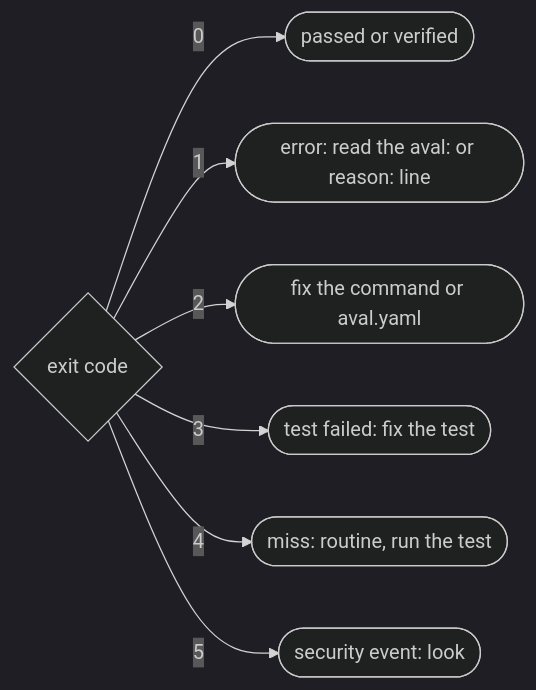
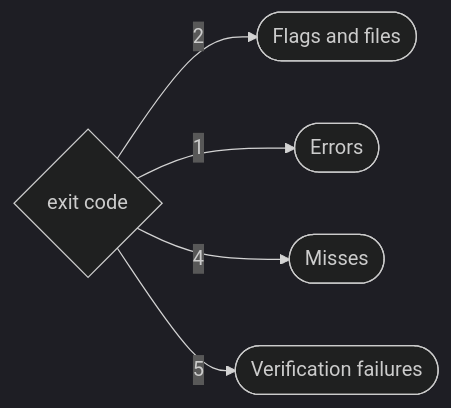
One commit to TrianaLab/aval changed the diagram in docs/guides/troubleshooting.md. Above: the diagram before and after it, drawn with Mermaid (dark theme). The commit also changed other lines of this file and 48 other files, not shown here.

````diff
--- a/docs/guides/troubleshooting.md
+++ b/docs/guides/troubleshooting.md
@@ -5,9 +5,7 @@
 ```mermaid
 flowchart LR
-  code{exit code} -- 0 --> ok([passed or verified]):::ok
-  code -- 1 --> e([error: read the aval: or reason: line]):::warn
-  code -- 2 --> u([fix the command or aval.yaml]):::warn
-  code -- 3 --> f([test failed: fix the test]):::warn
-  code -- 4 --> m([miss: routine, run the test]):::muted
-  code -- 5 --> s([security event: look]):::err
+  code{exit code} -- 2 --> u([Flags and files]):::warn
+  code -- 1 --> e([Errors]):::warn
+  code -- 4 --> m([Misses]):::muted
+  code -- 5 --> s([Verification failures]):::err
 ```
````
